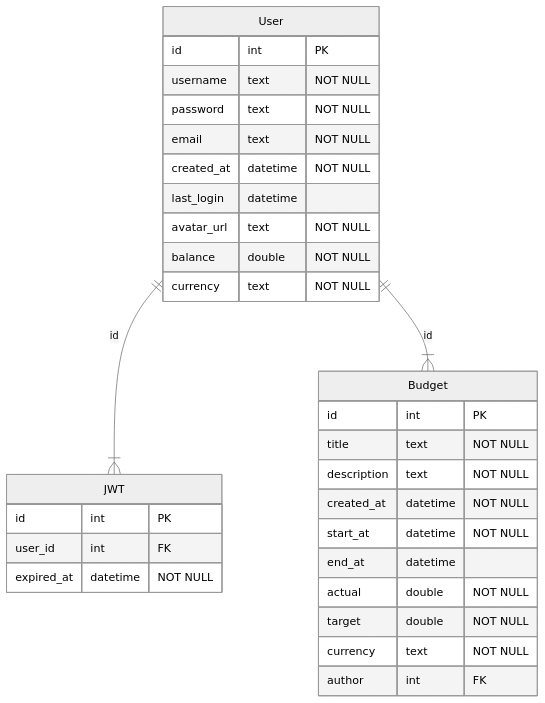
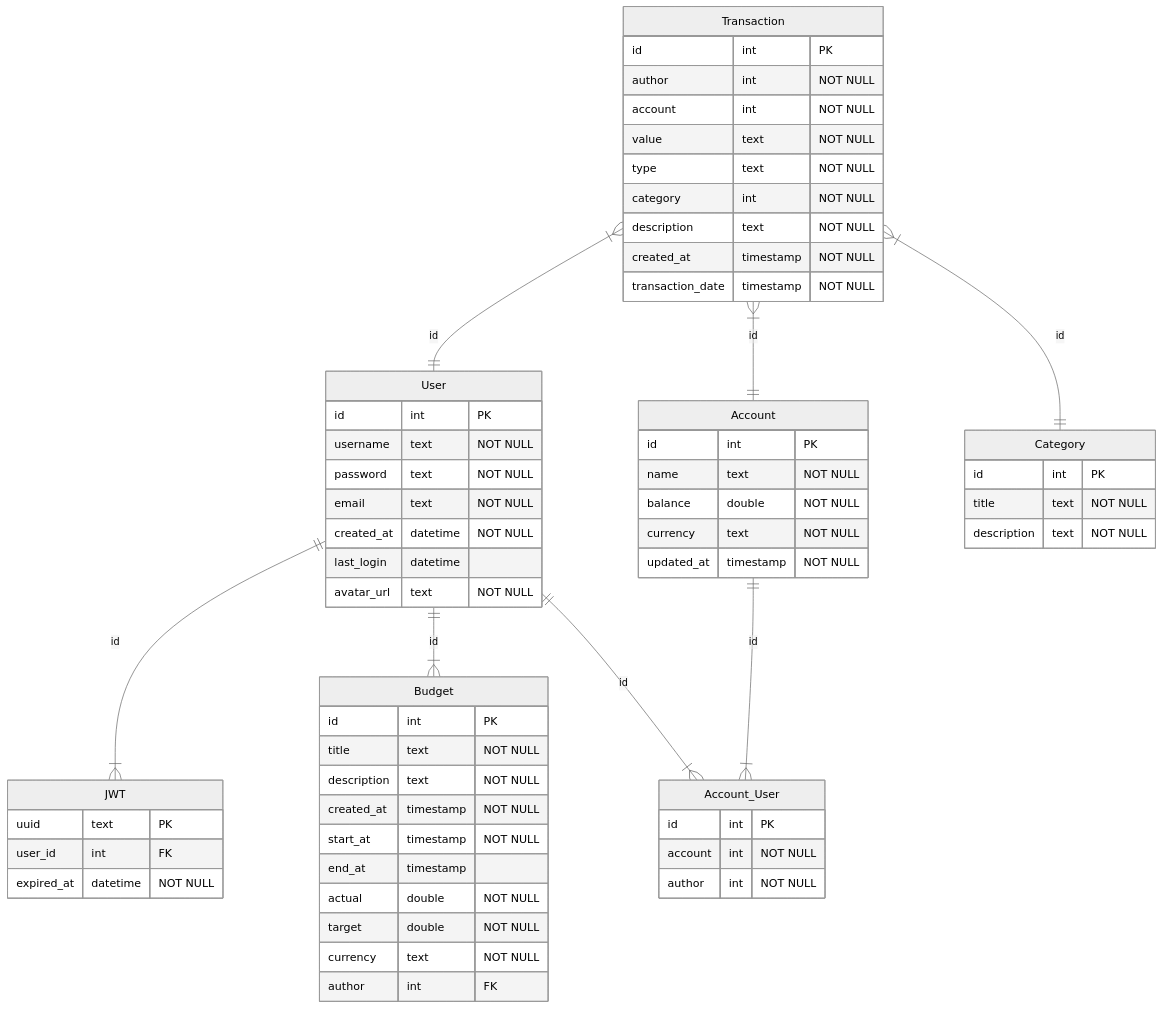
The diagram in db/normalized/db_schema.md (go-park-mail-ru/2026_1_GPTeam), drawn with Mermaid (neutral theme) before and after one commit. The commit also changed 13 other files, not shown here.

````diff
--- a/db/normalized/db_schema.md
+++ b/db/normalized/db_schema.md
@@ -1,36 +1,71 @@
 ```mermaid
 erDiagram    
     User {
         id int "PK"
         username text "NOT NULL"
         password text "NOT NULL"
         email text "NOT NULL"
         created_at datetime "NOT NULL"
         last_login datetime
         avatar_url text "NOT NULL"
-        balance double "NOT NULL"
-        currency text "NOT NULL"
     }
     
     JWT {
-        id int "PK"
+        uuid text "PK"
         user_id int "FK"
         expired_at datetime "NOT NULL"
     }
     
     Budget {
         id int "PK"
         title text "NOT NULL"
         description text "NOT NULL"
-        created_at datetime "NOT NULL"
-        start_at datetime "NOT NULL"
-        end_at datetime
+        created_at timestamp "NOT NULL"
+        start_at timestamp "NOT NULL"
+        end_at timestamp
         actual double "NOT NULL"
         target double "NOT NULL"
         currency text "NOT NULL"
         author int "FK"
     }
     
+    Account {
+        id int "PK"
+        name text "NOT NULL"
+        balance double "NOT NULL"
+        currency text "NOT NULL"
+        updated_at timestamp "NOT NULL"
+    }
+    
+    Account_User {
+        id int "PK"
+        account int "NOT NULL"
+        author int "NOT NULL"
+    }
+    
+    Transaction {
+        id int "PK"
+        author int "NOT NULL"
+        account int "NOT NULL"
+        value text "NOT NULL"
+        type text "NOT NULL"
+        category int "NOT NULL"
+        description text "NOT NULL"
+        created_at timestamp "NOT NULL"
+        transaction_date timestamp "NOT NULL" 
+    }
+
+    Category {
+        id int "PK"
+        title text "NOT NULL"
+        description text "NOT NULL"
+    }
+    
     User ||--|{ JWT: id
     User ||--|{ Budget: id
+    User ||--|{ Account_User: id
+    Account ||--|{ Account_User: id
+    Transaction }|--|| Category: id
+    Transaction }|--|| User: id
+    Transaction }|--|| Account: id
 ```
````
